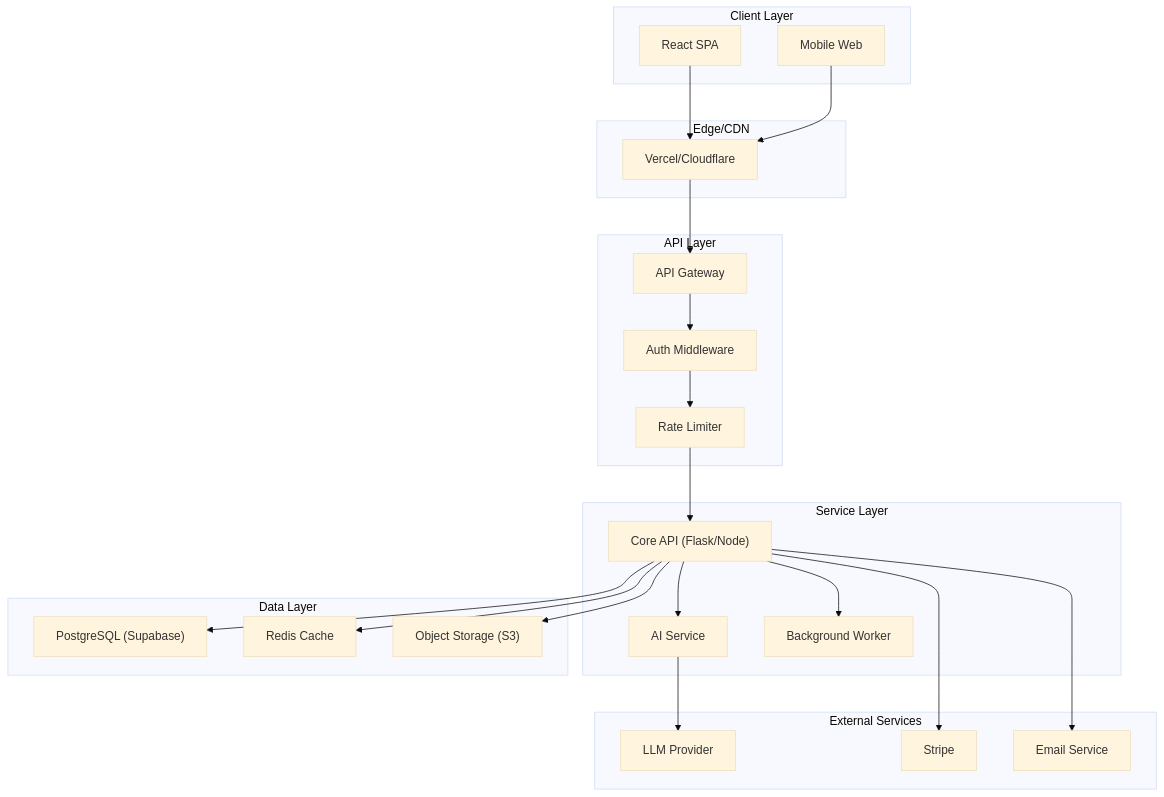
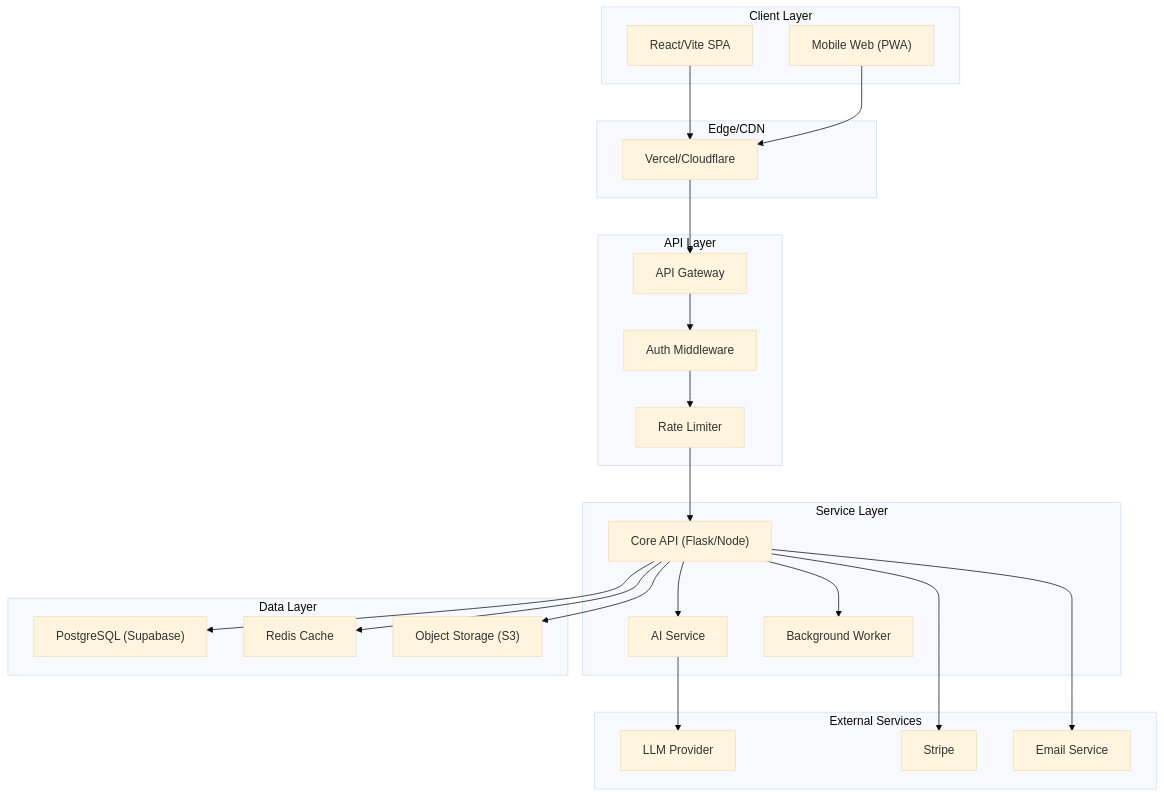
Before and after one commit to pakmingc/engineering-showcase: the first of 7 diagrams in docs/architecture.md, drawn with Mermaid (base theme). The commit also changed other lines of this file, not shown here.

Commit message:
Add Computer Vision and Document Generation architecture diagrams

````diff
--- a/docs/architecture.md
+++ b/docs/architecture.md
@@ -11,50 +11,50 @@
 ```mermaid
 flowchart TB
     subgraph Client["Client Layer"]
-        Browser["React SPA"]
-        Mobile["Mobile Web"]
+        Browser["React/Vite SPA"]
+        Mobile["Mobile Web (PWA)"]
     end
 
     subgraph Edge["Edge/CDN"]
         CDN["Vercel/Cloudflare"]
     end
 
     subgraph API["API Layer"]
         Gateway["API Gateway"]
         Auth["Auth Middleware"]
         RateLimit["Rate Limiter"]
     end
 
     subgraph Services["Service Layer"]
         CoreAPI["Core API (Flask/Node)"]
         AIService["AI Service"]
         ProcessingWorker["Background Worker"]
     end
 
     subgraph Data["Data Layer"]
         Postgres["PostgreSQL (Supabase)"]
         Redis["Redis Cache"]
         Storage["Object Storage (S3)"]
     end
 
     subgraph External["External Services"]
         LLM["LLM Provider"]
         Payment["Stripe"]
         Email["Email Service"]
     end
 
     Browser --> CDN
     Mobile --> CDN
     CDN --> Gateway
     Gateway --> Auth
     Auth --> RateLimit
     RateLimit --> CoreAPI
     CoreAPI --> AIService
     CoreAPI --> ProcessingWorker
     CoreAPI --> Postgres
     CoreAPI --> Redis
     CoreAPI --> Storage
     AIService --> LLM
     CoreAPI --> Payment
     CoreAPI --> Email
 ```
````
